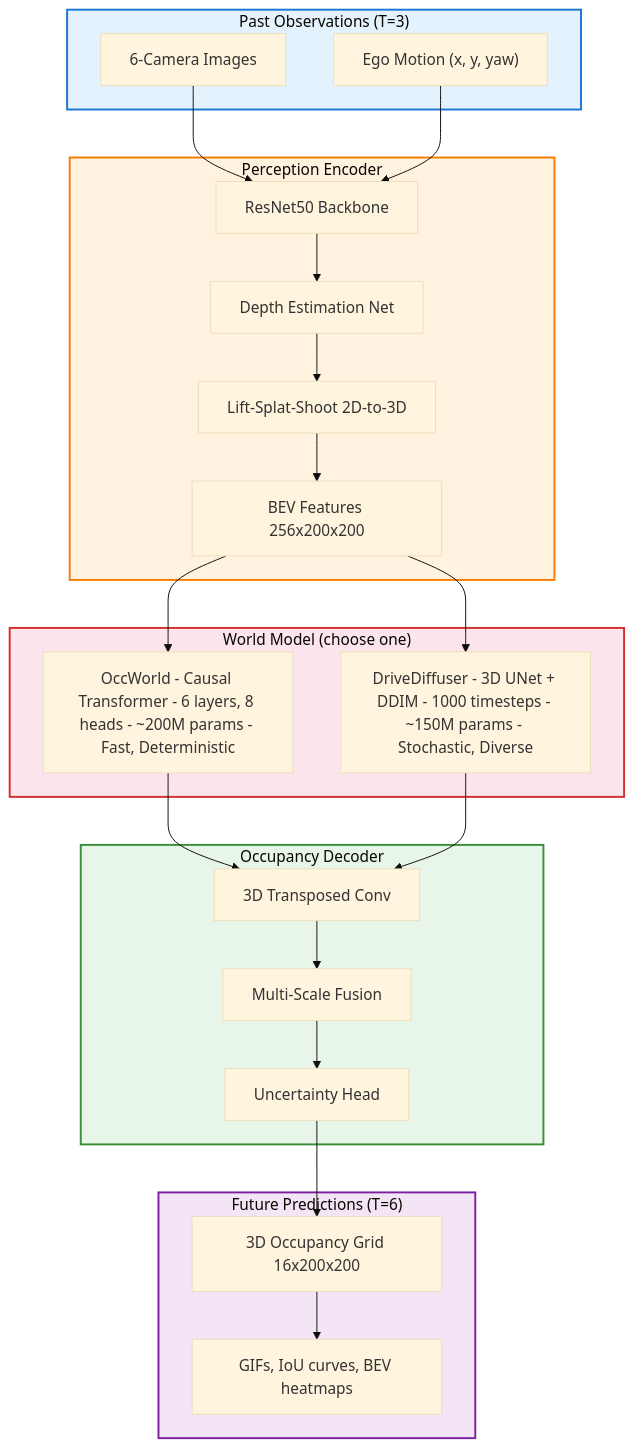
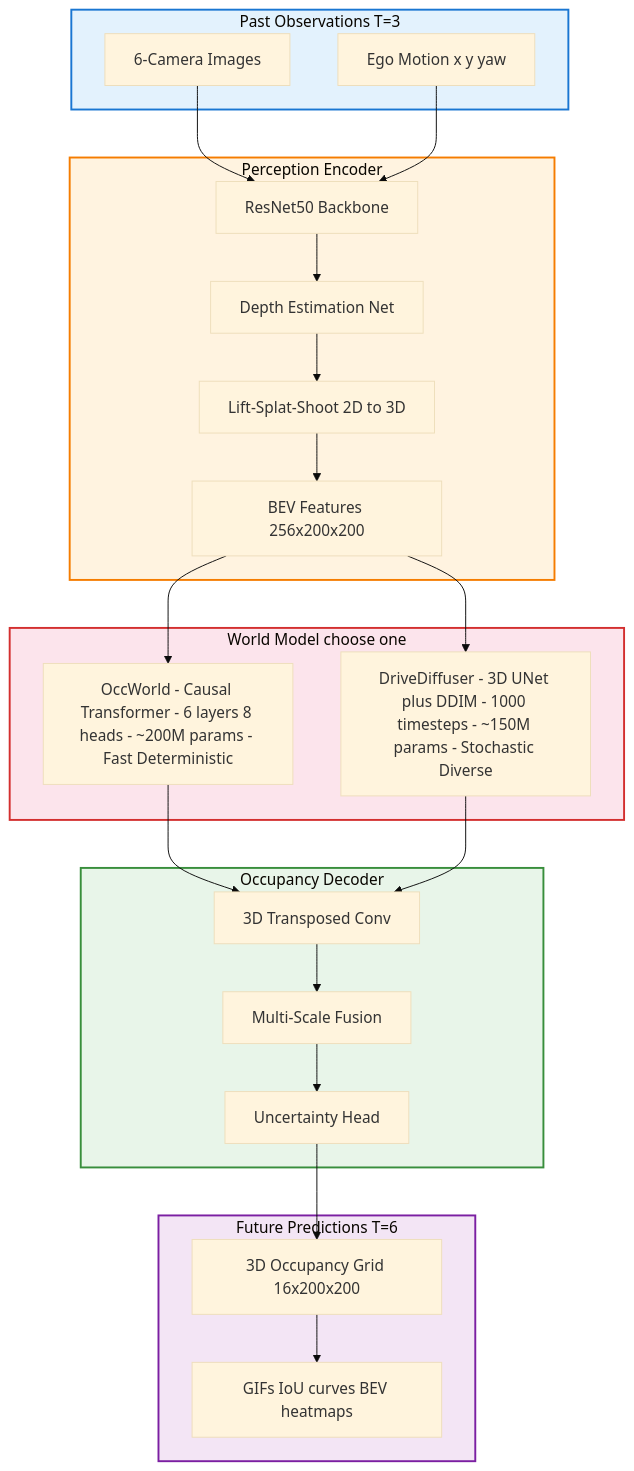
Before and after one commit to cenovozz/DriveWorld: the first of 3 diagrams in README.md, drawn with Mermaid (base theme). The commit also changed other lines of this file, not shown here.

Commit message:
Complete README rewrite: clean architecture diagrams, remove old content

````diff
--- a/README.md
+++ b/README.md
@@ -48,39 +46,41 @@
 ```mermaid
 graph TB
-    subgraph Input["Past Observations (T=3)"]
+    subgraph Input["Past Observations T=3"]
         IMG["6-Camera Images"]
-        POSE["Ego Motion (x, y, yaw)"]
+        POSE["Ego Motion x y yaw"]
     end
     subgraph Encoder["Perception Encoder"]
         CNN["ResNet50 Backbone"]
         DEPTH["Depth Estimation Net"]
-        SPLAT["Lift-Splat-Shoot 2D-to-3D"]
+        SPLAT["Lift-Splat-Shoot 2D to 3D"]
         BEVF["BEV Features 256x200x200"]
         CNN --> DEPTH --> SPLAT --> BEVF
     end
-    subgraph WorldModel["World Model (choose one)"]
-        OCC["OccWorld - Causal Transformer - 6 layers, 8 heads - ~200M params - Fast, Deterministic"]
-        DIFF["DriveDiffuser - 3D UNet + DDIM - 1000 timesteps - ~150M params - Stochastic, Diverse"]
+    subgraph WorldModel["World Model choose one"]
+        OCC["OccWorld - Causal Transformer - 6 layers 8 heads - ~200M params - Fast Deterministic"]
+        DIFF["DriveDiffuser - 3D UNet plus DDIM - 1000 timesteps - ~150M params - Stochastic Diverse"]
     end
     subgraph Decoder["Occupancy Decoder"]
         UP["3D Transposed Conv"]
         MULTI["Multi-Scale Fusion"]
         UNC["Uncertainty Head"]
         UP --> MULTI --> UNC
     end
-    subgraph Output["Future Predictions (T=6)"]
+    subgraph Output["Future Predictions T=6"]
         OCC3D["3D Occupancy Grid 16x200x200"]
-        VIZ["GIFs, IoU curves, BEV heatmaps"]
+        VIZ["GIFs IoU curves BEV heatmaps"]
         OCC3D --> VIZ
     end
-    IMG & POSE --> CNN
+    IMG --> CNN
+    POSE --> CNN
     BEVF --> OCC
     BEVF --> DIFF
-    OCC & DIFF --> UP
+    OCC --> UP
+    DIFF --> UP
     UNC --> OCC3D
     style Input fill:#e3f2fd,stroke:#1976d2,stroke-width:2px
     style Encoder fill:#fff3e0,stroke:#f57c00,stroke-width:2px
     style WorldModel fill:#fce4ec,stroke:#d32f2f,stroke-width:2px
     style Decoder fill:#e8f5e9,stroke:#388e3c,stroke-width:2px
     style Output fill:#f3e5f5,stroke:#7b1fa2,stroke-width:2px
 ```
````
